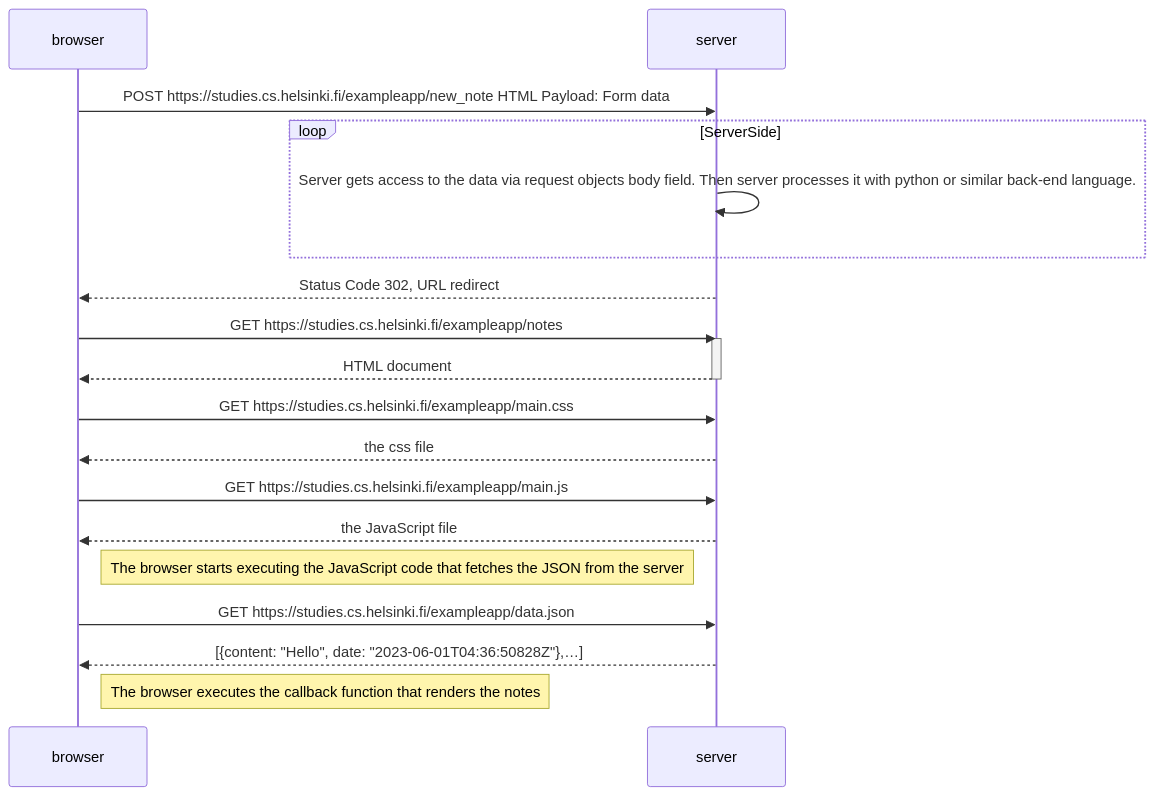
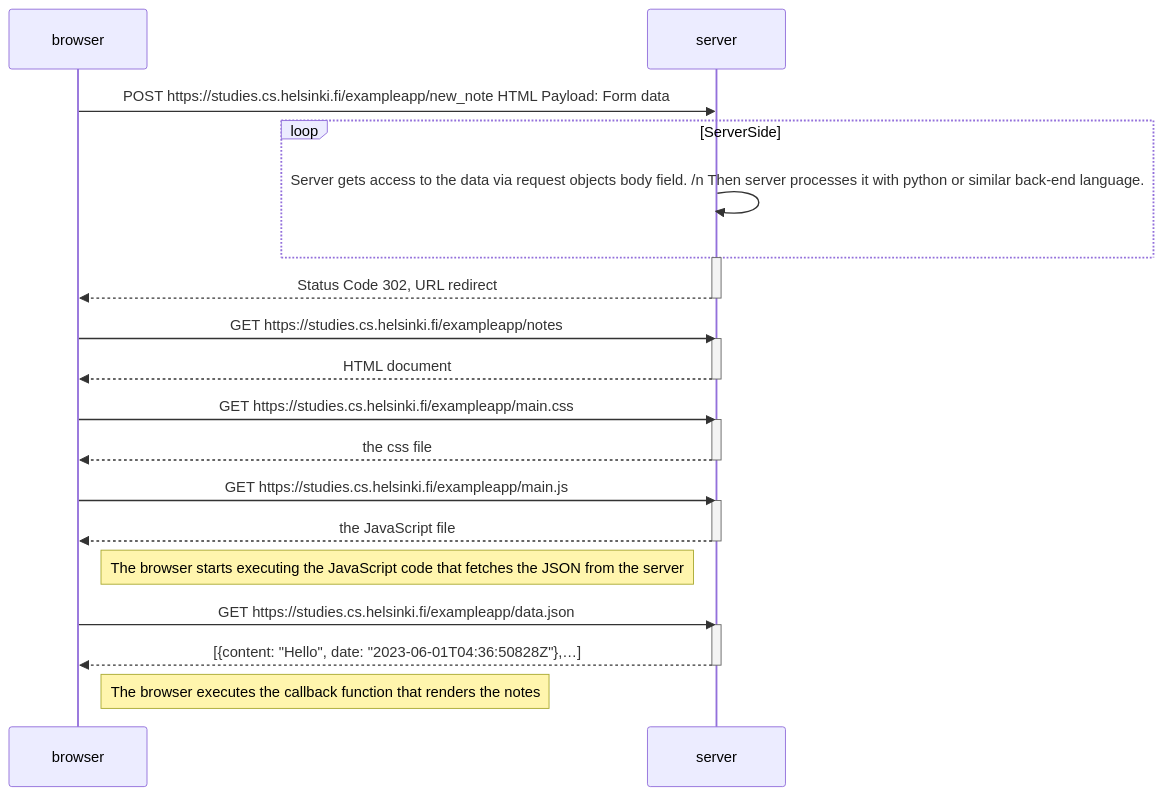
Before and after one commit to Gwasagir/fullstack_open: the diagram in new_note_diagram.md, drawn with Mermaid.

Commit message:
Small edits on 0.4

````diff
--- a/new_note_diagram.md
+++ b/new_note_diagram.md
@@ -3,28 +3,36 @@
 ```mermaid
 sequenceDiagram
 participant browser
 participant server
 
 browser->>server: POST https://studies.cs.helsinki.fi/exampleapp/new_note HTML Payload: Form data
 loop ServerSide 
-    server->>server: Server gets access to the data via request objects body field. Then server processes it with python or similar back-end language.
+    server->>server: Server gets access to the data via request objects body field. /n Then server processes it with python or similar back-end language.
 end
+activate server
 server-->>browser: Status Code 302, URL redirect
+deactivate server
 
 browser->>server: GET https://studies.cs.helsinki.fi/exampleapp/notes
 activate server
 server-->>browser: HTML document
 deactivate server
 
 browser->>server: GET https://studies.cs.helsinki.fi/exampleapp/main.css
+activate server
 server-->>browser: the css file
+deactivate server
 
 browser->>server: GET https://studies.cs.helsinki.fi/exampleapp/main.js
+activate server
 server-->>browser: the JavaScript file
+deactivate server
 
 Note right of browser: The browser starts executing the JavaScript code that fetches the JSON from the server
 
 browser->>server: GET https://studies.cs.helsinki.fi/exampleapp/data.json
+activate server
 server-->>browser: [{content: "Hello", date: "2023-06-01T04:36:50828Z"},…]
+deactivate server
 Note right of browser: The browser executes the callback function that renders the notes
 ```
````
